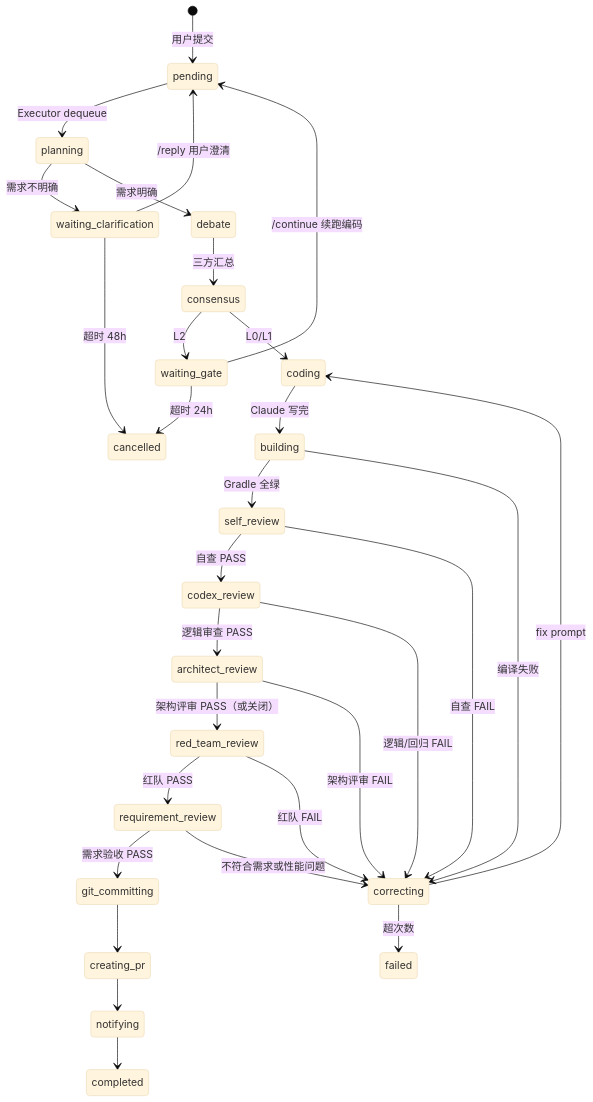
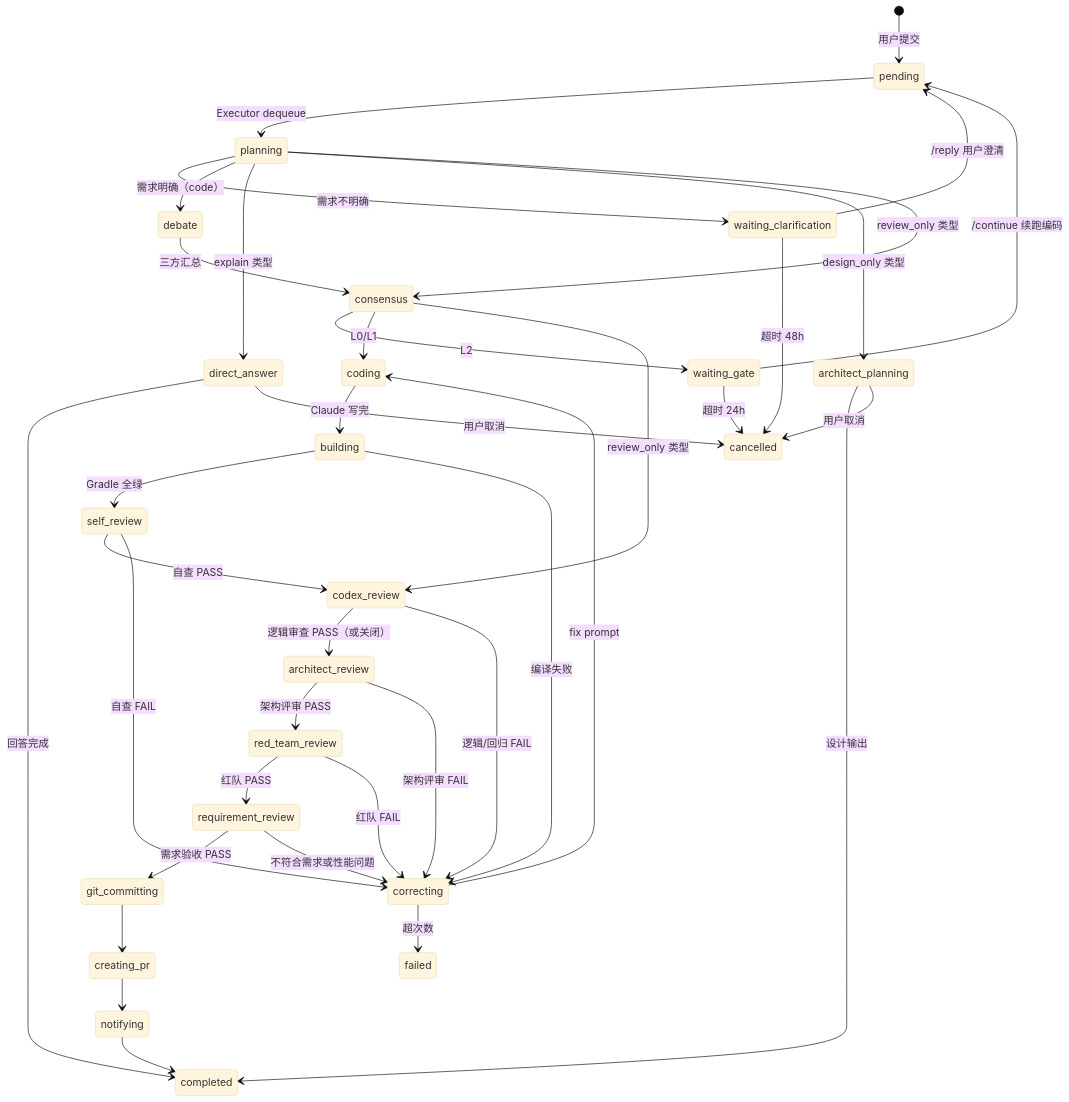
One commit to TurboSnails/AICodeAgent changed the second of 2 diagrams in README.md. Above: the diagram before and after it, drawn with Mermaid (base theme). The commit also changed other lines of this file and 14 other files, not shown here.

````diff
--- a/README.md
+++ b/README.md
@@ -71,32 +79,40 @@
 ```mermaid
 stateDiagram-v2
     [*] --> pending: 用户提交
     pending --> planning: Executor dequeue
     planning --> waiting_clarification: 需求不明确
-    planning --> debate: 需求明确
+    planning --> debate: 需求明确（code）
+    planning --> direct_answer: explain 类型
+    planning --> architect_planning: design_only 类型
+    planning --> consensus: review_only 类型
     waiting_clarification --> pending: /reply 用户澄清
     waiting_clarification --> cancelled: 超时 48h
+    direct_answer --> completed: 回答完成
+    direct_answer --> cancelled: 用户取消
+    architect_planning --> completed: 设计输出
+    architect_planning --> cancelled: 用户取消
     debate --> consensus: 三方汇总
     consensus --> waiting_gate: L2
     consensus --> coding: L0/L1
+    consensus --> codex_review: review_only 类型
     waiting_gate --> pending: /continue 续跑编码
     waiting_gate --> cancelled: 超时 24h
     coding --> building: Claude 写完
     building --> self_review: Gradle 全绿
     building --> correcting: 编译失败
     self_review --> codex_review: 自查 PASS
     self_review --> correcting: 自查 FAIL
-    codex_review --> architect_review: 逻辑审查 PASS
+    codex_review --> architect_review: 逻辑审查 PASS（或关闭）
     codex_review --> correcting: 逻辑/回归 FAIL
-    architect_review --> red_team_review: 架构评审 PASS（或关闭）
+    architect_review --> red_team_review: 架构评审 PASS
     architect_review --> correcting: 架构评审 FAIL
     red_team_review --> requirement_review: 红队 PASS
     red_team_review --> correcting: 红队 FAIL
     requirement_review --> git_committing: 需求验收 PASS
     requirement_review --> correcting: 不符合需求或性能问题
     correcting --> coding: fix prompt
     correcting --> failed: 超次数
     git_committing --> creating_pr
     creating_pr --> notifying
     notifying --> completed
 ```
````
